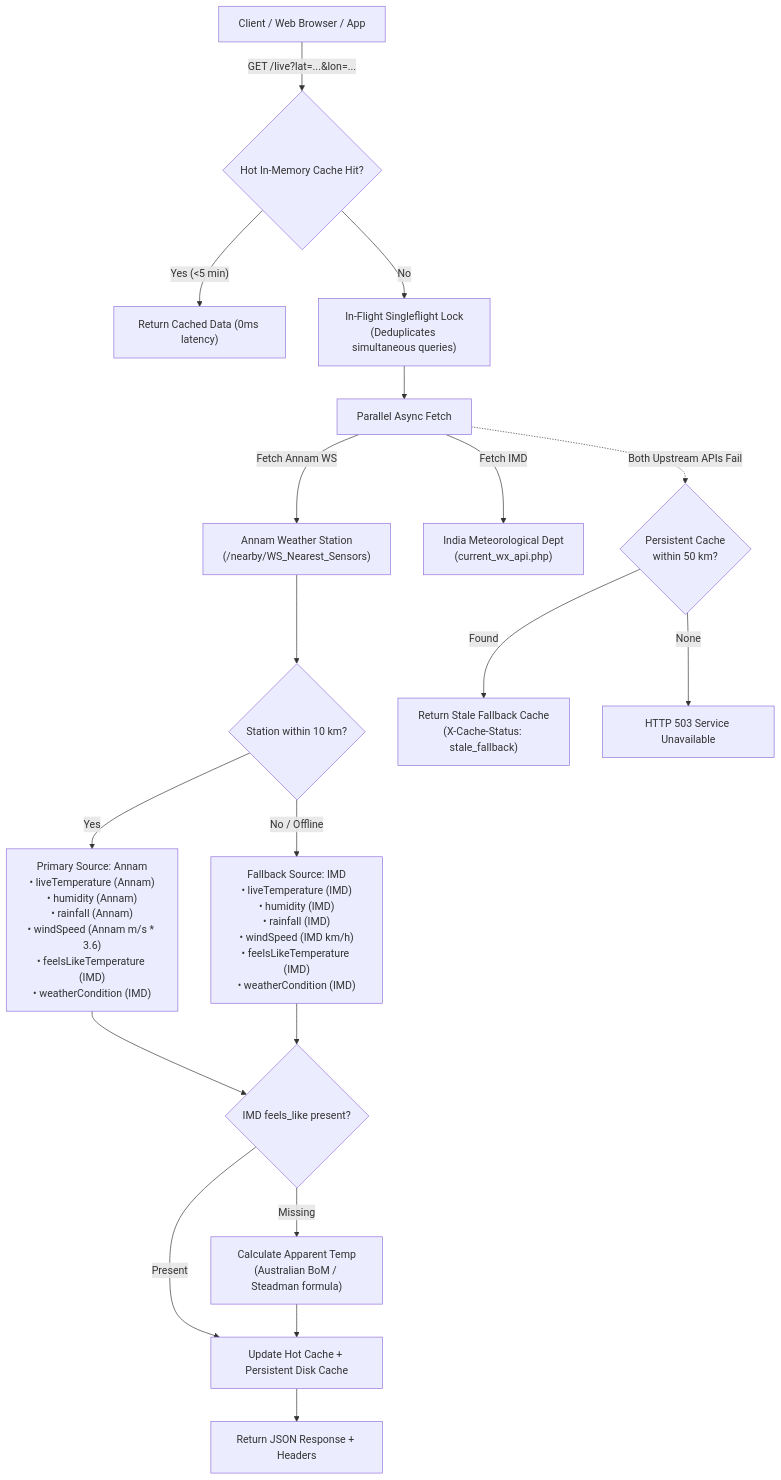
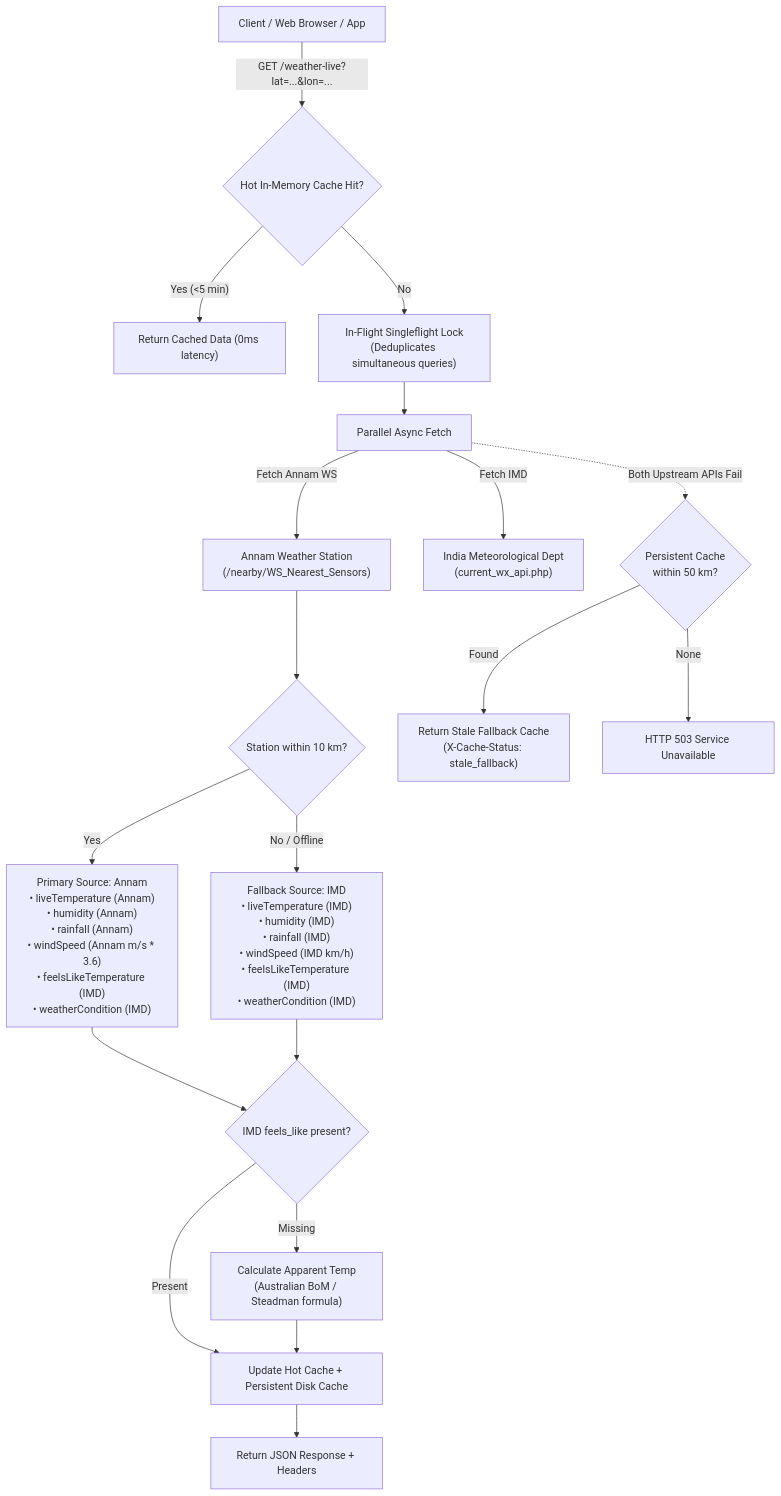
One commit to vicharanashala/ajrasakha changed the diagram in apis/weather_apis/README.md. Above: the diagram before and after it, drawn with Mermaid. The commit also changed other lines of this file and 3 other files, not shown here.

````diff
--- a/apis/weather_apis/README.md
+++ b/apis/weather_apis/README.md
@@ -30,29 +30,29 @@
 ```mermaid
 flowchart TD
-    Client["Client / Web Browser / App"] -->|"GET /live?lat=...&lon=..."| CacheCheck{"Hot In-Memory Cache Hit?"}
+    Client["Client / Web Browser / App"] -->|"GET /weather-live?lat=...&lon=..."| CacheCheck{"Hot In-Memory Cache Hit?"}
     
     CacheCheck -- "Yes (<5 min)" --> ReturnCache["Return Cached Data (0ms latency)"]
     CacheCheck -- "No" --> InFlightLock["In-Flight Singleflight Lock\n(Deduplicates simultaneous queries)"]
     
     InFlightLock --> ParallelFetch["Parallel Async Fetch"]
     ParallelFetch -->|"Fetch Annam WS"| AnnamAPI["Annam Weather Station\n(/nearby/WS_Nearest_Sensors)"]
     ParallelFetch -->|"Fetch IMD"| ImdAPI["India Meteorological Dept\n(current_wx_api.php)"]
     
     AnnamAPI --> AnnamCheck{"Station within 10 km?"}
     
     AnnamCheck -- "Yes" --> CombineAnnam["Primary Source: Annam\n• liveTemperature (Annam)\n• humidity (Annam)\n• rainfall (Annam)\n• windSpeed (Annam m/s * 3.6)\n• feelsLikeTemperature (IMD)\n• weatherCondition (IMD)"]
     AnnamCheck -- "No / Offline" --> CombineIMD["Fallback Source: IMD\n• liveTemperature (IMD)\n• humidity (IMD)\n• rainfall (IMD)\n• windSpeed (IMD km/h)\n• feelsLikeTemperature (IMD)\n• weatherCondition (IMD)"]
     
     CombineAnnam --> ApparentCheck{"IMD feels_like present?"}
     CombineIMD --> ApparentCheck
     
     ApparentCheck -- "Missing" --> CalcApparent["Calculate Apparent Temp\n(Australian BoM / Steadman formula)"]
     ApparentCheck -- "Present" --> SaveCache["Update Hot Cache + Persistent Disk Cache"]
     CalcApparent --> SaveCache
     
     SaveCache --> ReturnResponse["Return JSON Response + Headers"]
     
     ParallelFetch -. "Both Upstream APIs Fail" .-> FallbackStore{"Persistent Cache\nwithin 50 km?"}
     FallbackStore -- "Found" --> StaleReturn["Return Stale Fallback Cache\n(X-Cache-Status: stale_fallback)"]
     FallbackStore -- "None" --> Error503["HTTP 503 Service Unavailable"]
 ```
````
